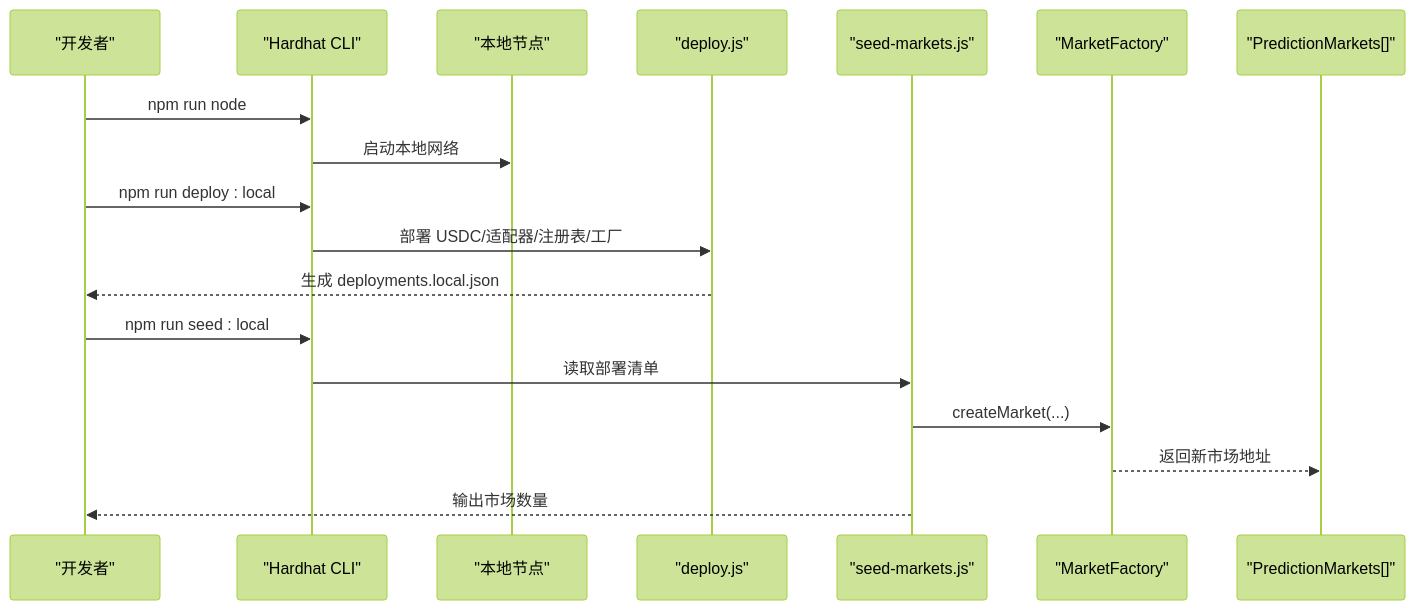
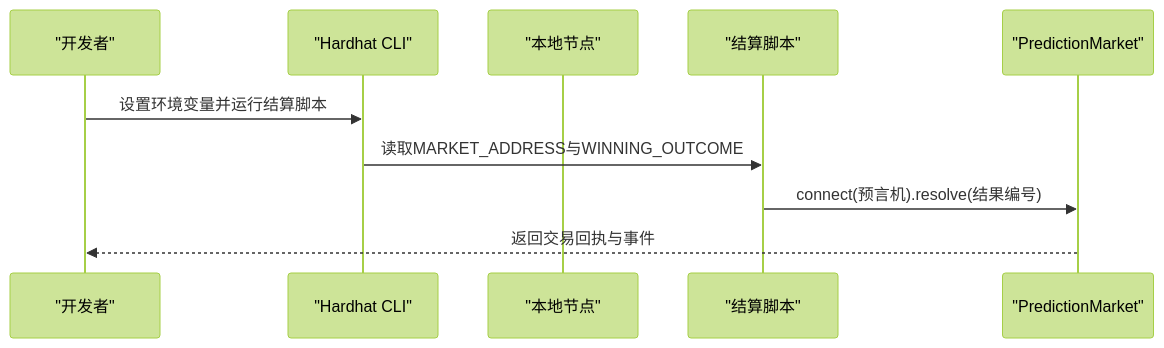
Before and after one commit to SimonHofman/PredictionDIDSimple: the fourth of 8 diagrams in contracts/.qoder/repowiki/zh/content/快速开始.md, drawn with Mermaid (forest theme). The commit also changed other lines of this file and 162 other files, not shown here.

````diff
--- a/contracts/.qoder/repowiki/zh/content/快速开始.md
+++ b/contracts/.qoder/repowiki/zh/content/快速开始.md
@@ -261,20 +159,12 @@
 ```mermaid
 sequenceDiagram
 participant Dev as "开发者"
 participant HH as "Hardhat CLI"
 participant Node as "本地节点"
-participant Deploy as "deploy.js"
-participant Seed as "seed-markets.js"
-participant Factory as "MarketFactory"
-participant Markets as "PredictionMarkets[]"
-Dev->>HH : npm run node
-HH->>Node : 启动本地网络
-Dev->>HH : npm run deploy : local
-HH->>Deploy : 部署 USDC/适配器/注册表/工厂
-Deploy-->>Dev : 生成 deployments.local.json
-Dev->>HH : npm run seed : local
-HH->>Seed : 读取部署清单
-Seed->>Factory : createMarket(...)
-Factory-->>Markets : 返回新市场地址
-Seed-->>Dev : 输出市场数量
+participant Res as "结算脚本"
+participant PM as "PredictionMarket"
+Dev->>HH : 设置环境变量并运行结算脚本
+HH->>Res : 读取MARKET_ADDRESS与WINNING_OUTCOME
+Res->>PM : connect(预言机).resolve(结果编号)
+PM-->>Dev : 返回交易回执与事件
 ```
````
